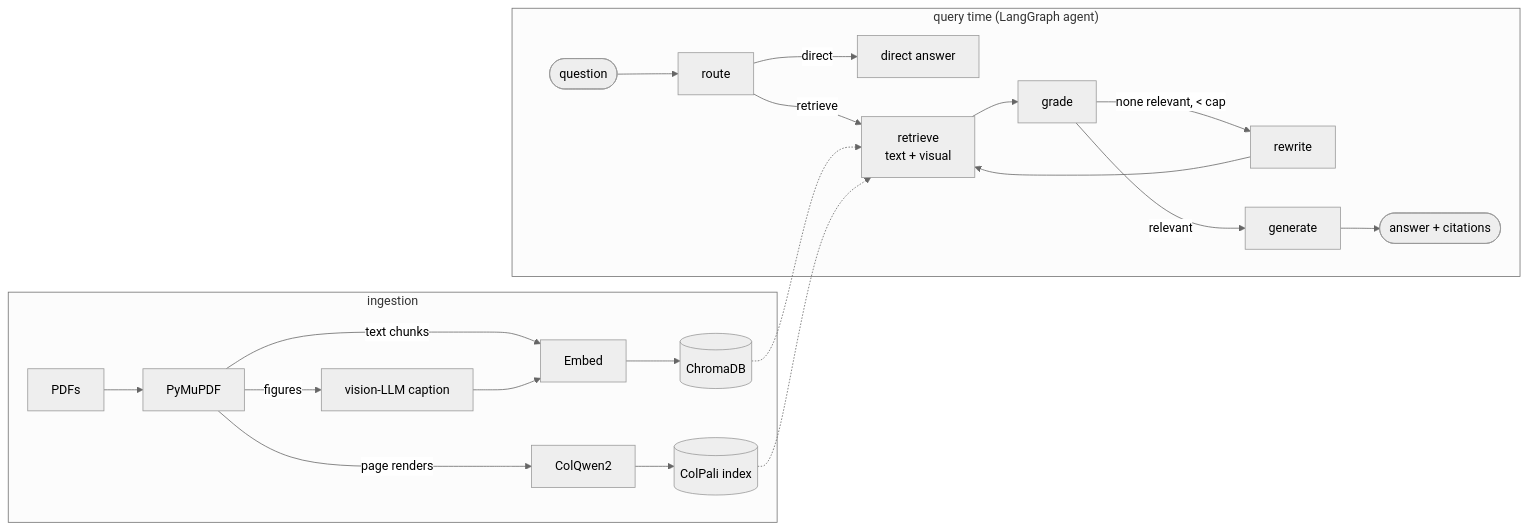
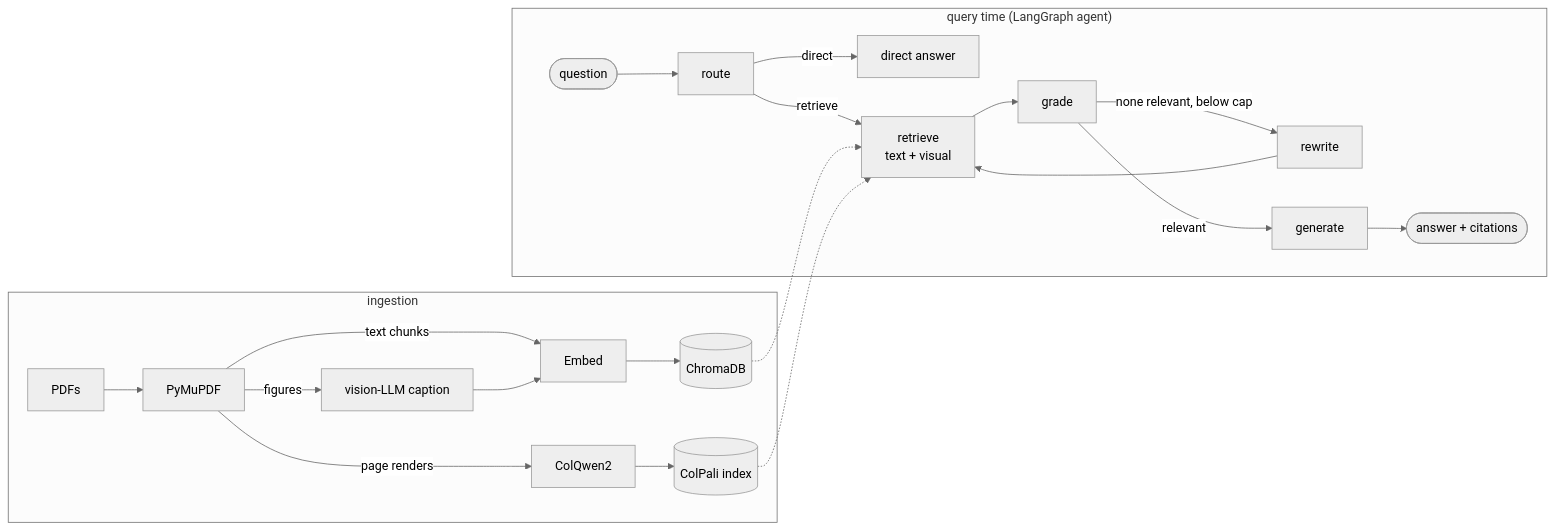
Before and after one commit to ingscarrero/local-rag: the diagram in README.md, drawn with Mermaid (neutral theme). The commit also changed 1 other file, not shown here.

Commit message:
docs: reword mermaid labels to avoid raw angle brackets
Addresses Copilot review on #1: '<' and '>' inside flowchart labels can be
parsed as HTML by GitHub's Mermaid renderer. Comparisons are now spelled
out ('below cap', 'any relevant') in README, the agent-graph flowchart, and
the sequence-diagram loop.

````diff
--- a/README.md
+++ b/README.md
@@ -15,19 +15,19 @@
 ```mermaid
 flowchart LR
     subgraph ingestion
         PDFs --> PyMuPDF
         PyMuPDF -->|text chunks| Embed
         PyMuPDF -->|figures| VLM["vision-LLM caption"] --> Embed
         Embed --> Chroma[("ChromaDB")]
         PyMuPDF -->|page renders| ColQwen2 --> ColPali[("ColPali index")]
     end
     subgraph "query time (LangGraph agent)"
         Q([question]) --> route
         route -->|direct| direct["direct answer"]
         route -->|retrieve| retrieve["retrieve<br/>text + visual"] --> grade
-        grade -->|"none relevant, < cap"| rewrite --> retrieve
+        grade -->|"none relevant, below cap"| rewrite --> retrieve
         grade -->|relevant| generate --> A([answer + citations])
     end
     Chroma -.-> retrieve
     ColPali -.-> retrieve
 ```
````
